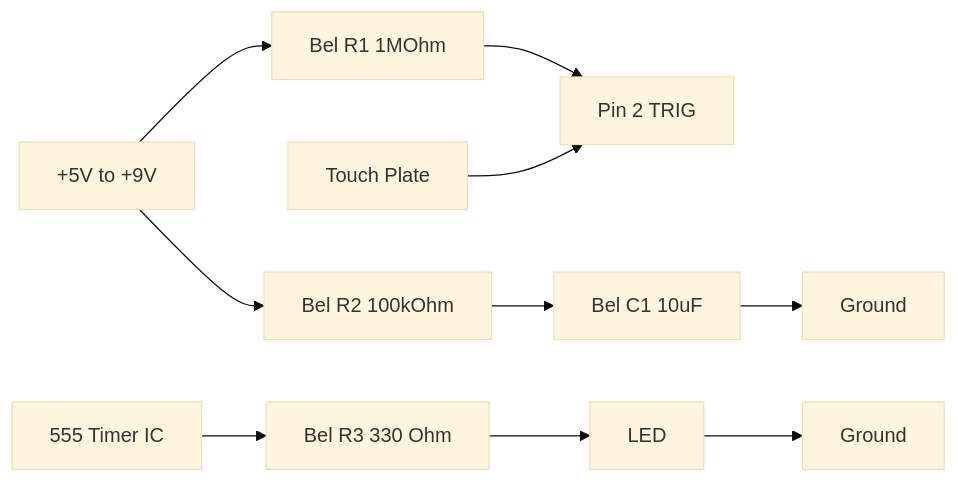
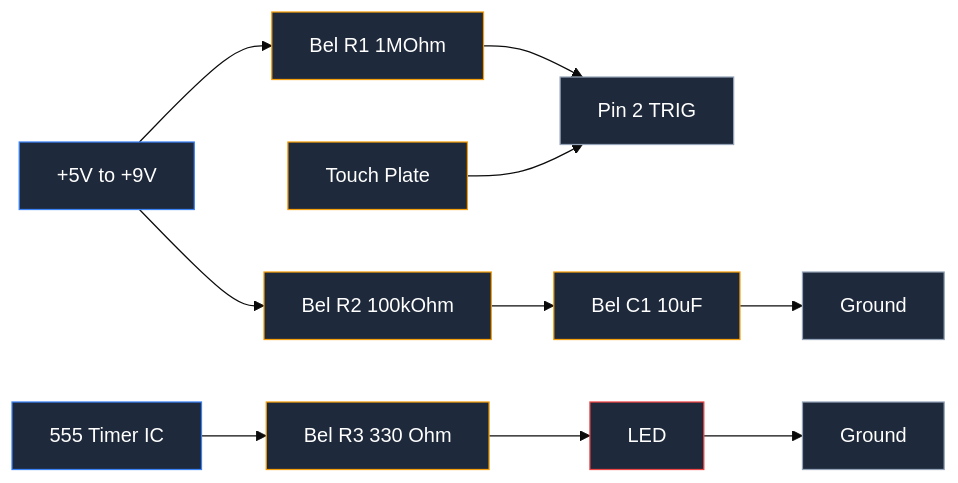
One commit to fakhir00/circuit-diagram-maker changed the eighth of 8 diagrams in src/content/blog/en/555-timer-circuit.md. Above: the diagram before and after it, drawn with Mermaid (base theme). The commit also changed other lines of this file, not shown here.

````diff
--- a/src/content/blog/en/555-timer-circuit.md
+++ b/src/content/blog/en/555-timer-circuit.md
@@ -344,12 +411,24 @@
 ```mermaid
 flowchart LR
     VCC[+5V to +9V] --> R1[Bel R1 1MOhm]
     R1 --> TR["Pin 2 TRIG"]
     P[Touch Plate] --> TR
     VCC --> R2[Bel R2 100kOhm]
     R2 --> C1[Bel C1 10uF]
     C1 --> GND1[Ground]
     IC[555 Timer IC] --> R3[Bel R3 330 Ohm]
     R3 --> LED[LED]
     LED --> GND2[Ground]
+    
+    style VCC fill:#1e293b,stroke:#3b82f6,color:#fff
+    style R1 fill:#1e293b,stroke:#f59e0b,color:#fff
+    style TR fill:#1e293b,stroke:#94a3b8,color:#fff
+    style P fill:#1e293b,stroke:#f59e0b,color:#fff
+    style R2 fill:#1e293b,stroke:#f59e0b,color:#fff
+    style C1 fill:#1e293b,stroke:#f59e0b,color:#fff
+    style GND1 fill:#1e293b,stroke:#94a3b8,color:#fff
+    style IC fill:#1e293b,stroke:#3b82f6,color:#fff
+    style R3 fill:#1e293b,stroke:#f59e0b,color:#fff
+    style LED fill:#1e293b,stroke:#ef4444,color:#fff
+    style GND2 fill:#1e293b,stroke:#94a3b8,color:#fff
 ```
````
